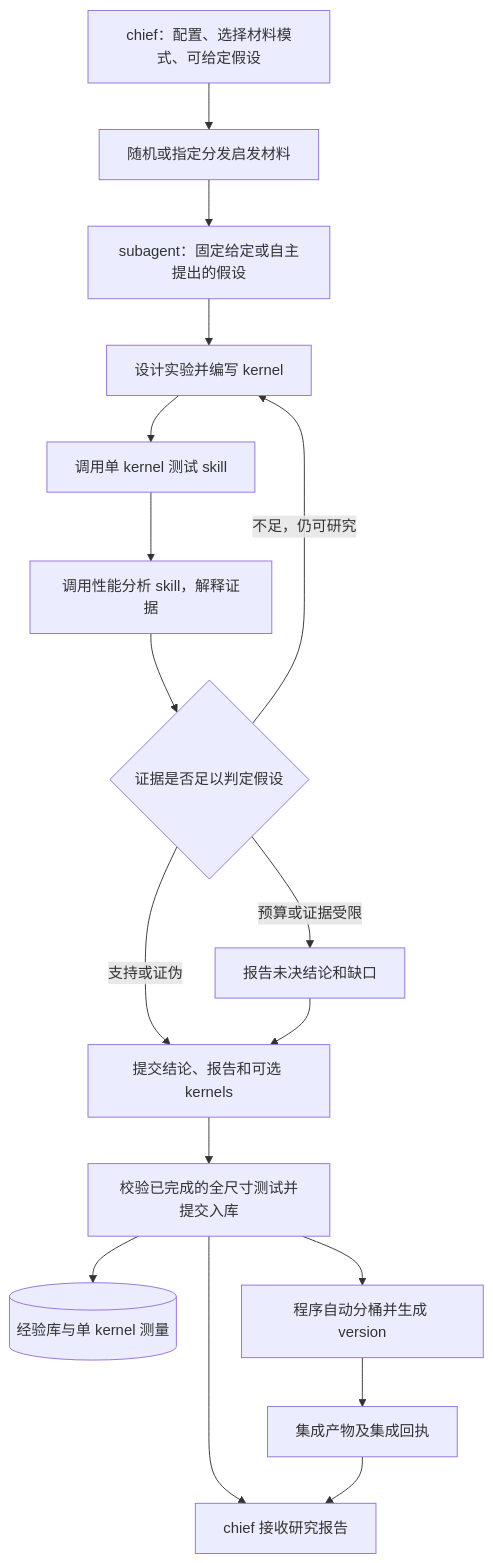
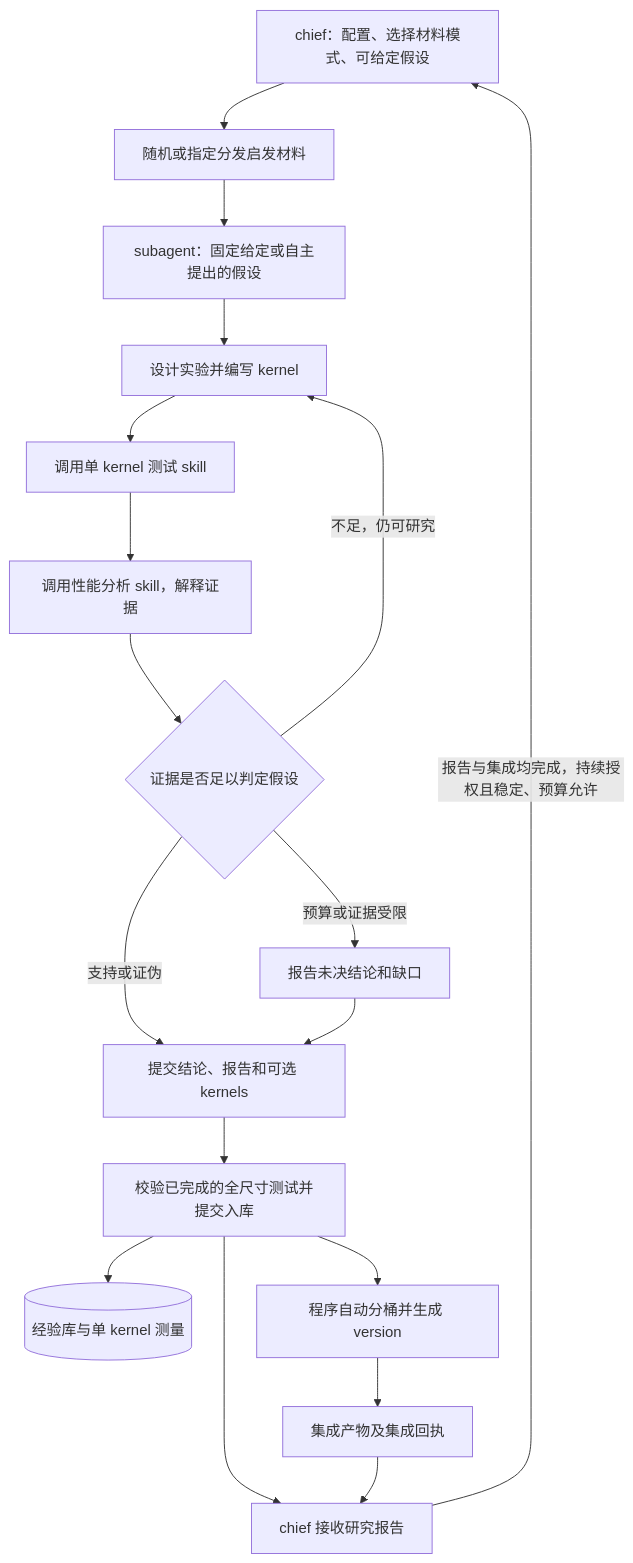
One commit to KDZZZZZZ/meteor changed the diagram in docs/plans/2026-09-23-meteor-deepseek-harness-plan.md. Above: the diagram before and after it, drawn with Mermaid. The commit also changed other lines of this file and 10 other files, not shown here.

````diff
--- a/docs/plans/2026-09-23-meteor-deepseek-harness-plan.md
+++ b/docs/plans/2026-09-23-meteor-deepseek-harness-plan.md
@@ -28,19 +30,20 @@
 ```mermaid
 flowchart TD
     C[chief：配置、选择材料模式、可给定假设] --> S[随机或指定分发启发材料]
     S --> H[subagent：固定给定或自主提出的假设]
     H --> D[设计实验并编写 kernel]
     D --> T[调用单 kernel 测试 skill]
     T --> A[调用性能分析 skill，解释证据]
     A --> Q{证据是否足以判定假设}
     Q -->|不足，仍可研究| D
     Q -->|支持或证伪| R[提交结论、报告和可选 kernels]
     Q -->|预算或证据受限| U[报告未决结论和缺口]
     U --> R
     R --> G[校验已完成的全尺寸测试并提交入库]
     G --> K[(经验库与单 kernel 测量)]
     G --> C2[chief 接收研究报告]
     G --> I[程序自动分桶并生成 version]
     I --> V[集成产物及集成回执]
     V --> C2
+    C2 -->|报告与集成均完成，持续授权且稳定、预算允许| C
 ```
````
